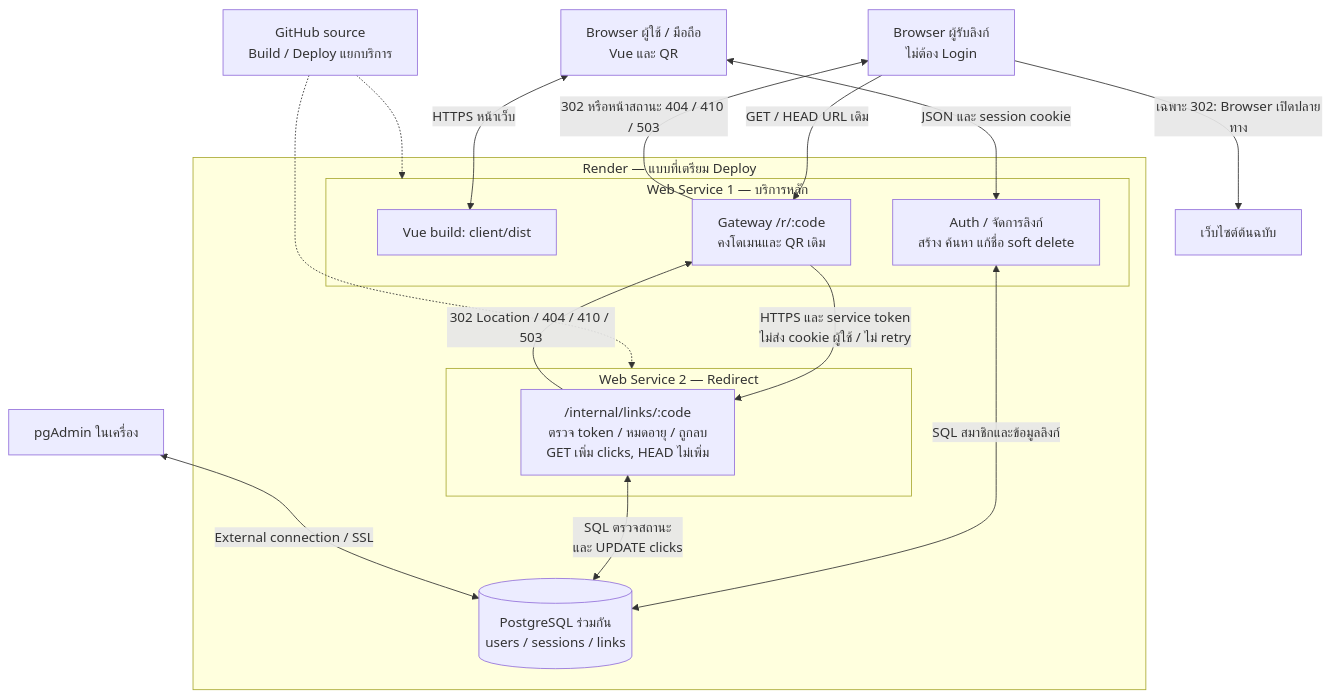
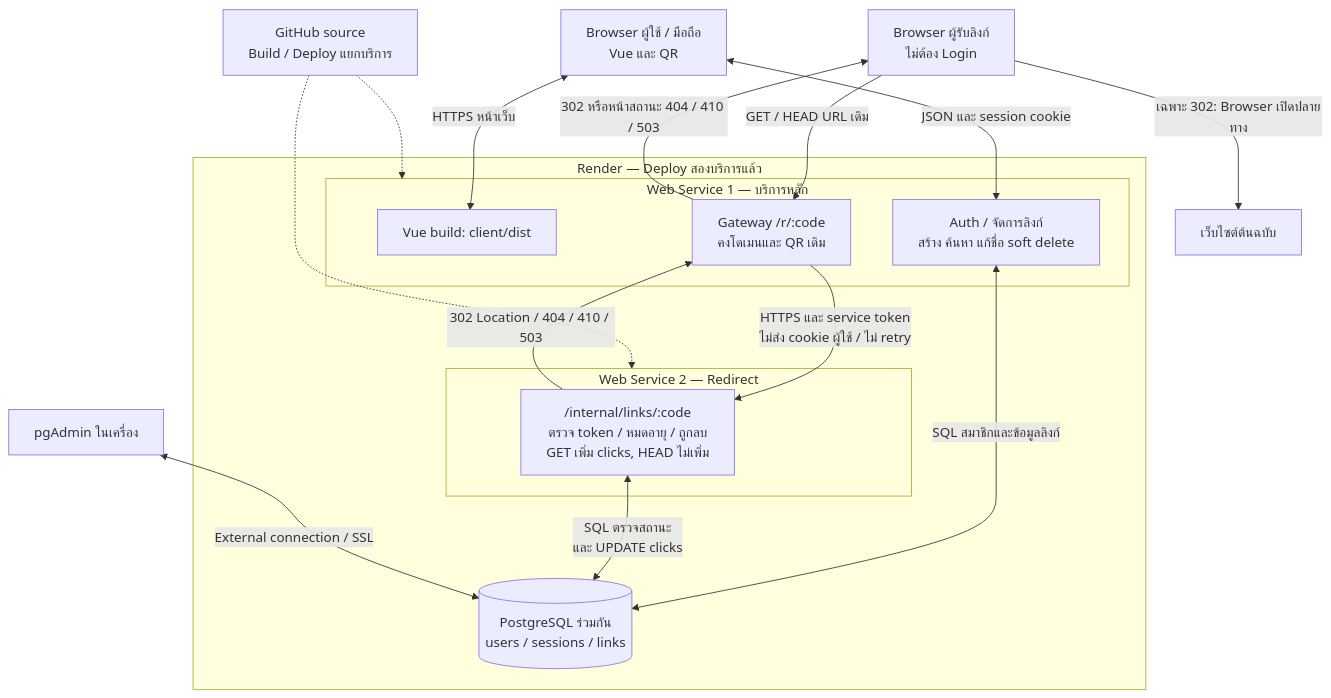
The diagram in docs/ARCHITECTURE.md (Nawaphon05/Short-Url), drawn with Mermaid before and after one commit. The commit also changed other lines of this file and 8 other files, not shown here.

````diff
--- a/docs/ARCHITECTURE.md
+++ b/docs/ARCHITECTURE.md
@@ -9,31 +9,31 @@
 ```mermaid
 flowchart TB
     B["Browser ผู้ใช้ / มือถือ<br/>Vue และ QR"]
     V["Browser ผู้รับลิงก์<br/>ไม่ต้อง Login"]
     Git["GitHub source<br/>Build / Deploy แยกบริการ"]
-    subgraph Hosting["Render — แบบที่เตรียม Deploy"]
+    subgraph Hosting["Render — Deploy สองบริการแล้ว"]
         subgraph Core["Web Service 1 — บริการหลัก"]
             UI["Vue build: client/dist"]
             API["Auth / จัดการลิงก์<br/>สร้าง ค้นหา แก้ชื่อ soft delete"]
             Gateway["Gateway /r/:code<br/>คงโดเมนและ QR เดิม"]
         end
         subgraph Service["Web Service 2 — Redirect"]
             Resolve["/internal/links/:code<br/>ตรวจ token / หมดอายุ / ถูกลบ<br/>GET เพิ่ม clicks, HEAD ไม่เพิ่ม"]
         end
         DB[("PostgreSQL ร่วมกัน<br/>users / sessions / links")]
     end
     Target["เว็บไซต์ต้นฉบับ"]
     Admin["pgAdmin ในเครื่อง"]
     Git -.-> Core
     Git -.-> Service
     B <-->|"HTTPS หน้าเว็บ"| UI
     B <-->|"JSON และ session cookie"| API
     API <-->|"SQL สมาชิกและข้อมูลลิงก์"| DB
     V -->|"GET / HEAD URL เดิม"| Gateway
     Gateway -->|"HTTPS และ service token<br/>ไม่ส่ง cookie ผู้ใช้ / ไม่ retry"| Resolve
     Resolve -->|"302 Location / 404 / 410 / 503"| Gateway
     Resolve <-->|"SQL ตรวจสถานะ<br/>และ UPDATE clicks"| DB
     Gateway -->|"302 หรือหน้าสถานะ 404 / 410 / 503"| V
     V -->|"เฉพาะ 302: Browser เปิดปลายทาง"| Target
     Admin <-->|"External connection / SSL"| DB
 ```
````
